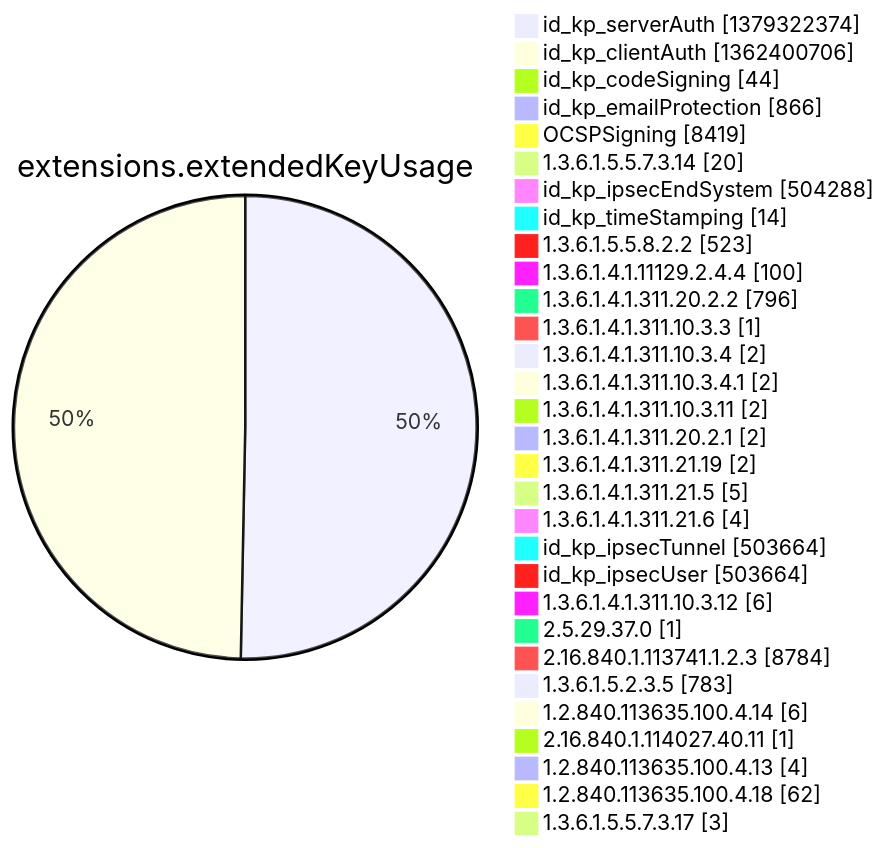
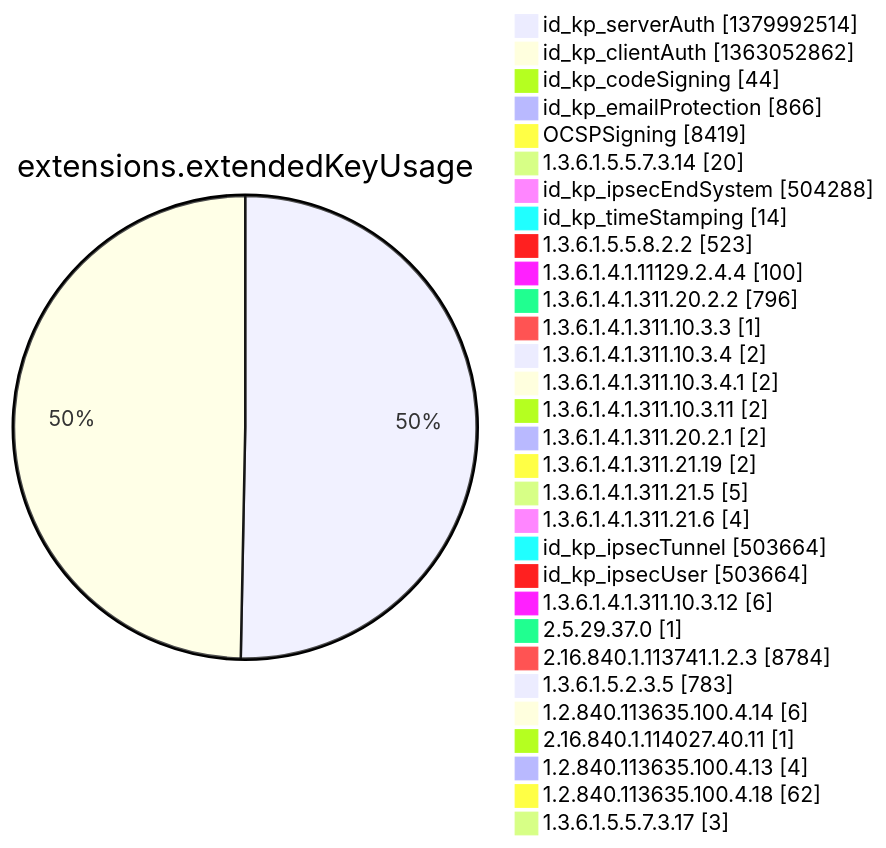
One commit to christiankrug/ctmonitor_visualization changed diagram 12 of 15 in argon2022/README.md. Above: the diagram before and after it, drawn with Mermaid. The commit also changed other lines of this file, not shown here.

````diff
--- a/argon2022/README.md
+++ b/argon2022/README.md
@@ -3554,34 +3554,34 @@
 ```mermaid
 pie showData
 title extensions.extendedKeyUsage
-"id_kp_serverAuth" :1379322374
-"id_kp_clientAuth" :1362400706
+"id_kp_serverAuth" :1379992514
+"id_kp_clientAuth" :1363052862
 "id_kp_codeSigning" :44
 "id_kp_emailProtection" :866
 "OCSPSigning" :8419
 "1.3.6.1.5.5.7.3.14" :20
 "id_kp_ipsecEndSystem" :504288
 "id_kp_timeStamping" :14
 "1.3.6.1.5.5.8.2.2" :523
 "1.3.6.1.4.1.11129.2.4.4" :100
 "1.3.6.1.4.1.311.20.2.2" :796
 "1.3.6.1.4.1.311.10.3.3" :1
 "1.3.6.1.4.1.311.10.3.4" :2
 "1.3.6.1.4.1.311.10.3.4.1" :2
 "1.3.6.1.4.1.311.10.3.11" :2
 "1.3.6.1.4.1.311.20.2.1" :2
 "1.3.6.1.4.1.311.21.19" :2
 "1.3.6.1.4.1.311.21.5" :5
 "1.3.6.1.4.1.311.21.6" :4
 "id_kp_ipsecTunnel" :503664
 "id_kp_ipsecUser" :503664
 "1.3.6.1.4.1.311.10.3.12" :6
 "2.5.29.37.0" :1
 "2.16.840.1.113741.1.2.3" :8784
 "1.3.6.1.5.2.3.5" :783
 "1.2.840.113635.100.4.14" :6
 "2.16.840.1.114027.40.11" :1
 "1.2.840.113635.100.4.13" :4
 "1.2.840.113635.100.4.18" :62
 "1.3.6.1.5.5.7.3.17" :3
 ```
````
